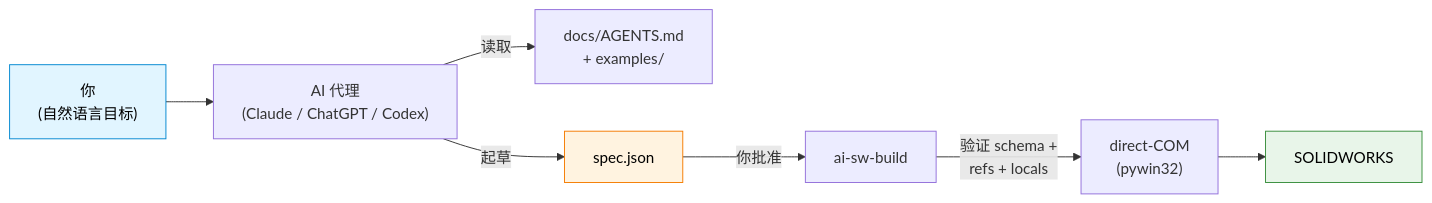
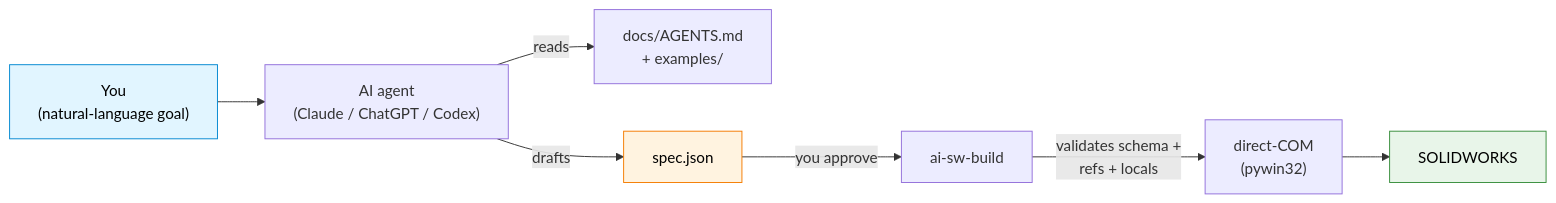
Before and after one commit to Thomas-Tai/ai-sw-bridge: the first of 2 diagrams in docs/i18n/zh-CN/README.md, drawn with Mermaid. The commit also changed other lines of this file and 2 other files, not shown here.

````diff
--- a/docs/i18n/zh-CN/README.md
+++ b/docs/i18n/zh-CN/README.md
@@ -39,12 +35,12 @@
 ```mermaid
 flowchart LR
-    A["你<br/>(自然语言目标)"] --> B["AI 代理<br/>(Claude / ChatGPT / Codex)"]
-    B -->|读取| C["docs/AGENTS.md<br/>+ examples/"]
-    B -->|起草| D["spec.json"]
-    D -->|你批准| E["ai-sw-build"]
-    E -->|验证 schema +<br/>refs + locals| F["direct-COM<br/>(pywin32)"]
+    A["You<br/>(natural-language goal)"] --> B["AI agent<br/>(Claude / ChatGPT / Codex)"]
+    B -->|reads| C["docs/AGENTS.md<br/>+ examples/"]
+    B -->|drafts| D["spec.json"]
+    D -->|you approve| E["ai-sw-build"]
+    E -->|validates schema +<br/>refs + locals| F["direct-COM<br/>(pywin32)"]
     F --> G["SOLIDWORKS"]
     style A fill:#e1f5ff,stroke:#0288d1,color:#000
     style D fill:#fff3e0,stroke:#f57c00,color:#000
     style G fill:#e8f5e9,stroke:#388e3c,color:#000
 ```
````
